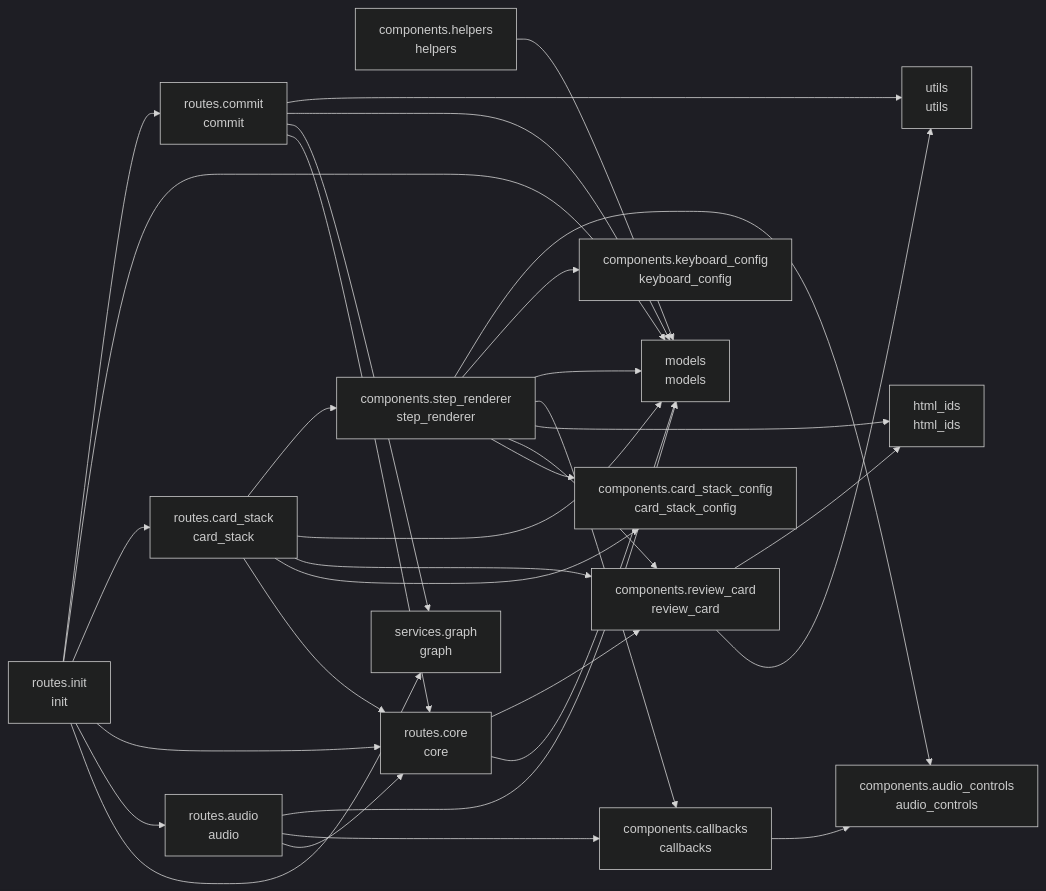
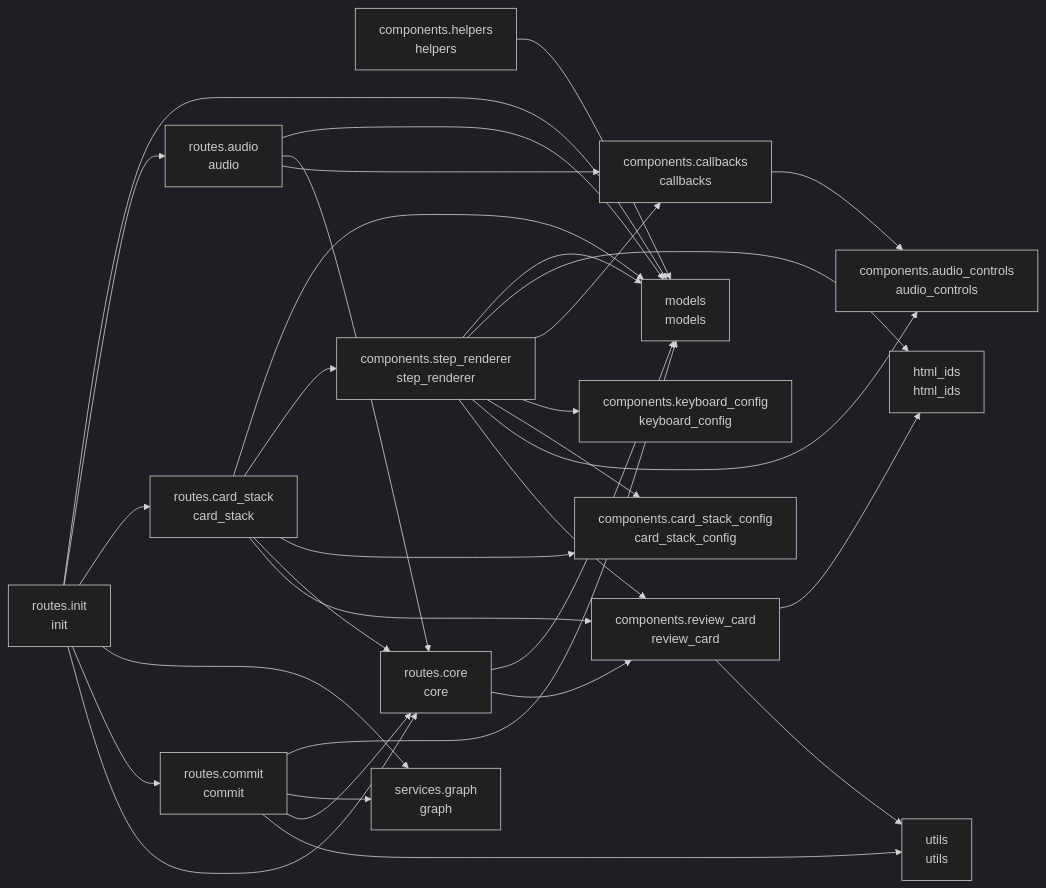
One commit to cj-mills/cjm-transcript-review changed the diagram in README.md. Above: the diagram before and after it, drawn with Mermaid (dark theme). The commit also changed other lines of this file and 3 other files, not shown here.

Commit message:
Add page-level render_initial_speed_sync after the content Div in render_review_step to re-apply persisted playback speed on HTMX step navigation.

````diff
--- a/README.md
+++ b/README.md
@@ -39,51 +39,51 @@
 ``` mermaid
 graph LR
     components_audio_controls[components.audio_controls<br/>audio_controls]
     components_callbacks[components.callbacks<br/>callbacks]
     components_card_stack_config[components.card_stack_config<br/>card_stack_config]
     components_helpers[components.helpers<br/>helpers]
     components_keyboard_config[components.keyboard_config<br/>keyboard_config]
     components_review_card[components.review_card<br/>review_card]
     components_step_renderer[components.step_renderer<br/>step_renderer]
     html_ids[html_ids<br/>html_ids]
     models[models<br/>models]
     routes_audio[routes.audio<br/>audio]
     routes_card_stack[routes.card_stack<br/>card_stack]
     routes_commit[routes.commit<br/>commit]
     routes_core[routes.core<br/>core]
     routes_init[routes.init<br/>init]
     services_graph[services.graph<br/>graph]
     utils[utils<br/>utils]
 
     components_callbacks --> components_audio_controls
     components_helpers --> models
     components_review_card --> utils
     components_review_card --> html_ids
+    components_step_renderer --> components_review_card
+    components_step_renderer --> components_audio_controls
     components_step_renderer --> components_card_stack_config
-    components_step_renderer --> components_review_card
+    components_step_renderer --> components_keyboard_config
+    components_step_renderer --> components_callbacks
     components_step_renderer --> html_ids
-    components_step_renderer --> components_callbacks
     components_step_renderer --> models
-    components_step_renderer --> components_keyboard_config
-    components_step_renderer --> components_audio_controls
+    routes_audio --> components_callbacks
     routes_audio --> routes_core
-    routes_audio --> components_callbacks
     routes_audio --> models
+    routes_card_stack --> components_review_card
     routes_card_stack --> routes_core
     routes_card_stack --> components_card_stack_config
-    routes_card_stack --> components_review_card
+    routes_card_stack --> components_step_renderer
     routes_card_stack --> models
-    routes_card_stack --> components_step_renderer
+    routes_commit --> utils
     routes_commit --> routes_core
     routes_commit --> services_graph
     routes_commit --> models
-    routes_commit --> utils
+    routes_core --> components_review_card
     routes_core --> models
-    routes_core --> components_review_card
+    routes_init --> routes_core
+    routes_init --> routes_commit
     routes_init --> services_graph
+    routes_init --> routes_card_stack
     routes_init --> routes_audio
-    routes_init --> routes_core
-    routes_init --> routes_card_stack
     routes_init --> models
-    routes_init --> routes_commit
 ```
````
